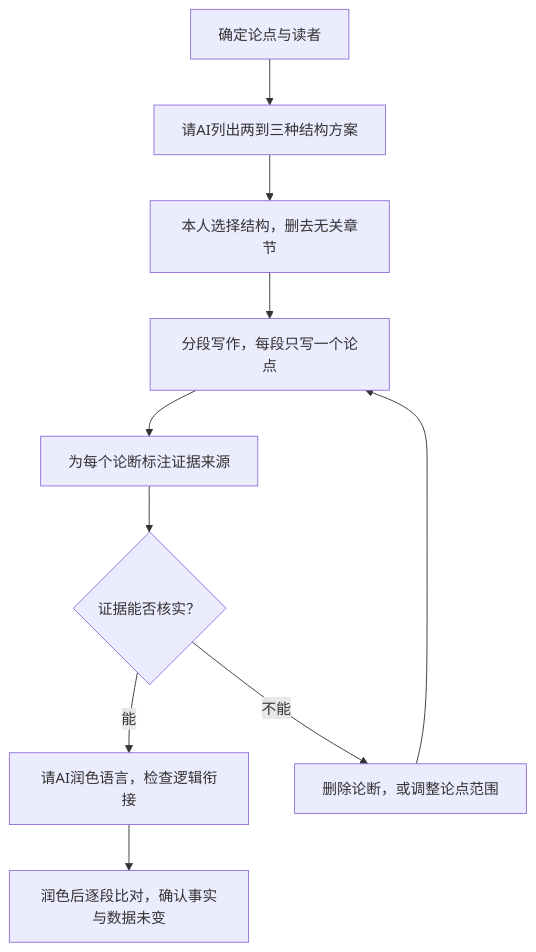
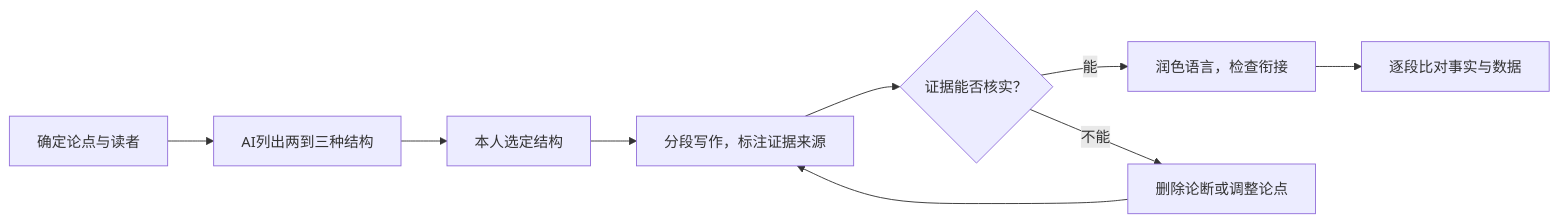
One commit to xuehui003-1/book changed the diagram in 《AI工具实战应用》/章节图片/第3章/mermaid/06_大纲与润色流程.mmd. Above: the diagram before and after it, drawn with Mermaid. The commit also changed 18 other files, not shown here.

Commit message:
AI工具实战应用：修正第3章图片布局（横向流程、中文字体）、重新生成第3章docx；修正第2章核验难度象限图标题截断并更新样章v7/v8

```diff
--- a/《AI工具实战应用》/章节图片/第3章/mermaid/06_大纲与润色流程.mmd
+++ b/《AI工具实战应用》/章节图片/第3章/mermaid/06_大纲与润色流程.mmd
@@ -1,10 +1,9 @@
-flowchart TB
-  A["确定论点与读者"] --> B["请AI列出两到三种结构方案"]
-  B --> C["本人选择结构，删去无关章节"]
-  C --> D["分段写作，每段只写一个论点"]
-  D --> E["为每个论断标注证据来源"]
-  E --> F{"证据能否核实？"}
-  F -->|"能"| G["请AI润色语言，检查逻辑衔接"]
-  F -->|"不能"| H["删除论断，或调整论点范围"]
-  H --> D
-  G --> I["润色后逐段比对，确认事实与数据未变"]
+flowchart LR
+  A["确定论点与读者"] --> B["AI列出两到三种结构"]
+  B --> C["本人选定结构"]
+  C --> D["分段写作，标注证据来源"]
+  D --> E{"证据能否核实？"}
+  E -->|"能"| F["润色语言，检查衔接"]
+  E -->|"不能"| G["删除论断或调整论点"]
+  G --> D
+  F --> H["逐段比对事实与数据"]
```
